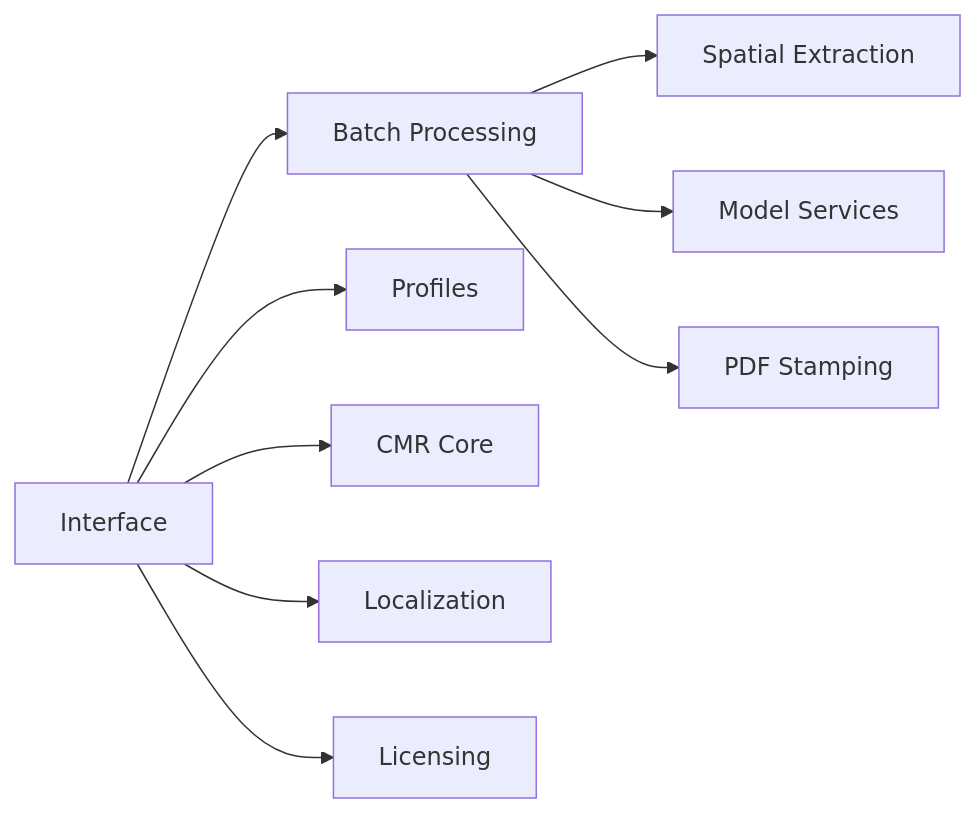
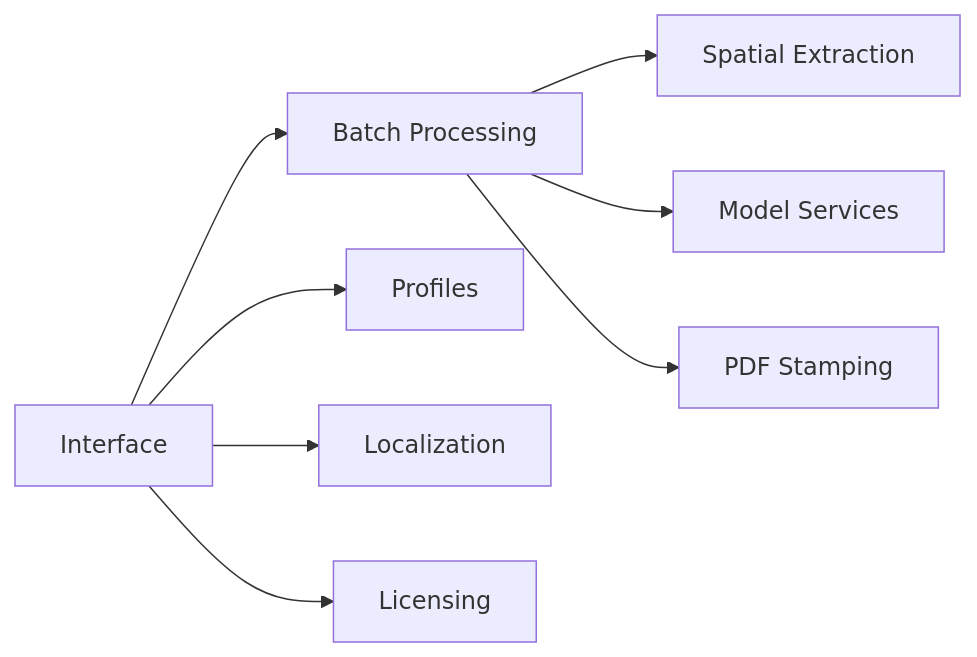
Before and after one commit to Levix-Digital/DocMapper: the diagram in TECDOC.md, drawn with Mermaid. The commit also changed other lines of this file and 26 other files, not shown here.

First line of the commit message:
chore: remove the unused AssemblyScript CMR core instead of porting it

````diff
--- a/TECDOC.md
+++ b/TECDOC.md
@@ -13,11 +13,10 @@
 ```mermaid
 flowchart LR
     UI[Interface] --> B[Batch Processing]
     UI --> P[Profiles]
-    UI --> C[CMR Core]
     B --> E[Spatial Extraction]
     B --> M[Model Services]
     B --> S[PDF Stamping]
     UI --> L[Localization]
     UI --> LI[Licensing]
 ```
````
